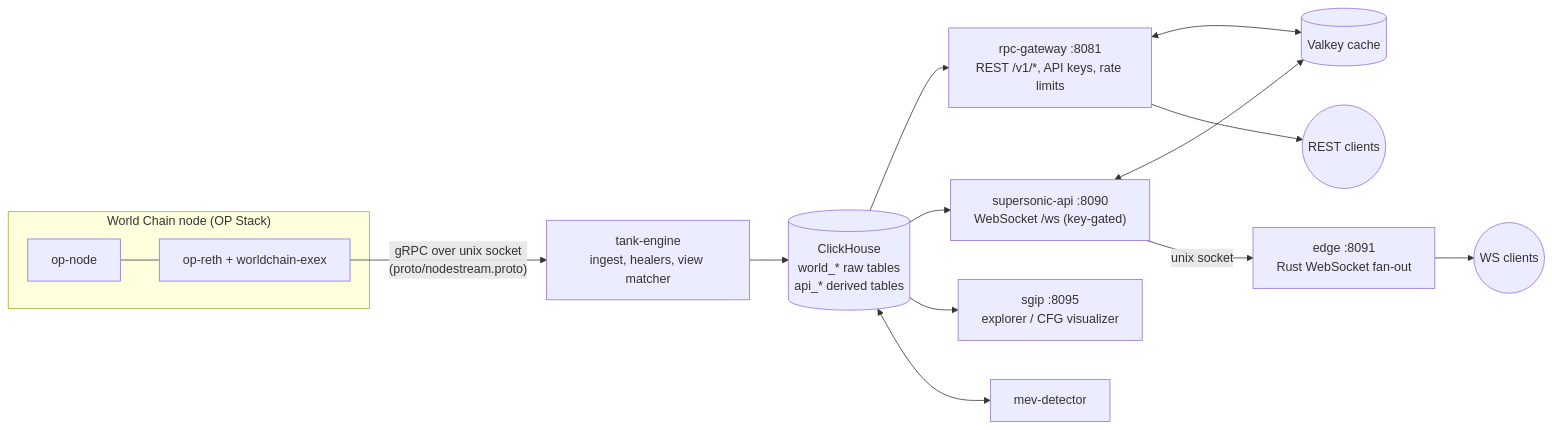
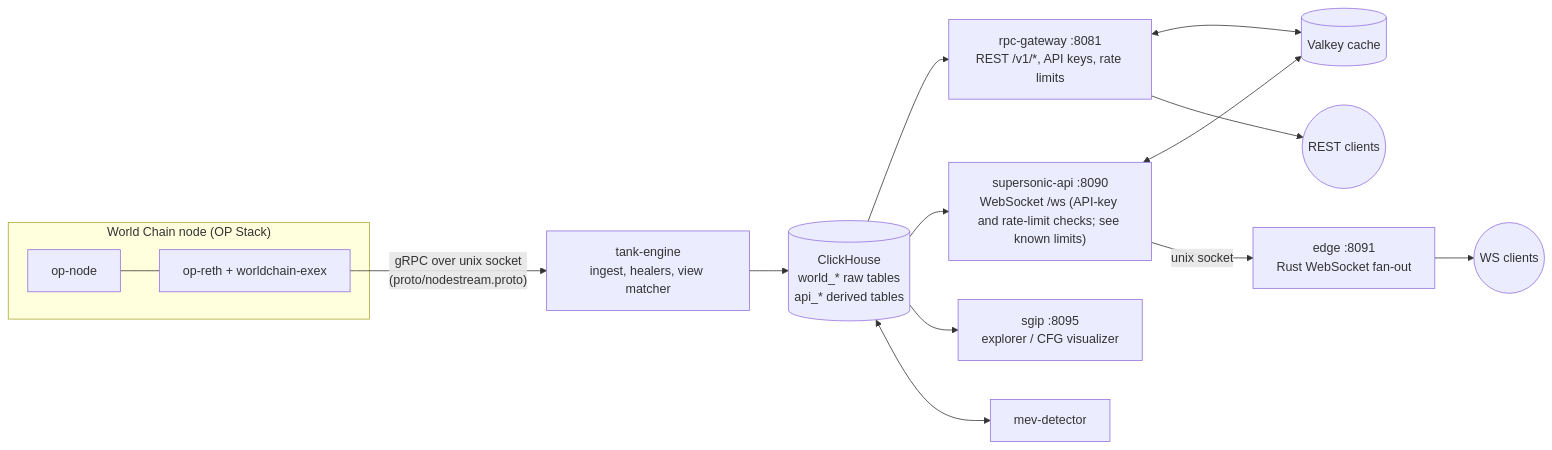
One commit to ozzyshaik-org/world-supersonic-public changed the diagram in README.md. Above: the diagram before and after it, drawn with Mermaid. The commit also changed other lines of this file, not shown here.

Commit message:
docs(readme): qualify WebSocket wording, make known-limits Valkey fail-open precise, drop stale untested comment

````diff
--- a/README.md
+++ b/README.md
@@ -58,17 +58,17 @@
 ```mermaid
 flowchart LR
     subgraph Node["World Chain node (OP Stack)"]
         OPNODE[op-node] --- RETH["op-reth + worldchain-exex"]
     end
     RETH -- "gRPC over unix socket<br/>(proto/nodestream.proto)" --> TANK["tank-engine<br/>ingest, healers, view matcher"]
     TANK --> CH[("ClickHouse<br/>world_* raw tables<br/>api_* derived tables")]
     CH --> GW["rpc-gateway :8081<br/>REST /v1/*, API keys, rate limits"]
-    CH --> API["supersonic-api :8090<br/>WebSocket /ws (key-gated)"]
+    CH --> API["supersonic-api :8090<br/>WebSocket /ws (API-key and rate-limit checks; see known limits)"]
     CH --> SGIP["sgip :8095<br/>explorer / CFG visualizer"]
     CH <--> MEV["mev-detector"]
     GW <--> VK[(Valkey cache)]
     API <--> VK
     API -- "unix socket" --> EDGE["edge :8091<br/>Rust WebSocket fan-out"]
     EDGE --> CLIENTS((WS clients))
     GW --> REST((REST clients))
 ```
````
